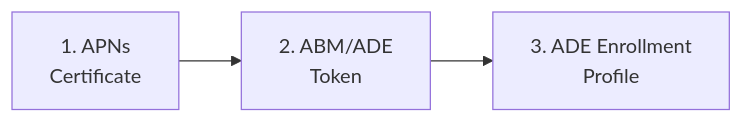
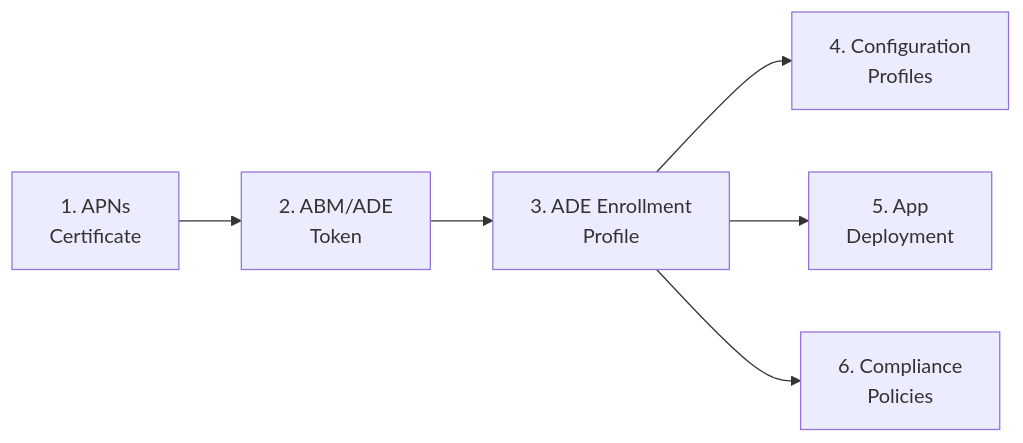
The diagram in docs/admin-setup-ios/00-overview.md (Schweinehund/Autopilot), drawn with Mermaid before and after one commit. The commit also changed other lines of this file and 1 other file, not shown here.

First line of the commit message:
feat(28-01): complete config profiles guide and update overview - Task 3

````diff
--- a/docs/admin-setup-ios/00-overview.md
+++ b/docs/admin-setup-ios/00-overview.md
@@ -19,5 +19,8 @@
 ```mermaid
 graph LR
   A[1. APNs<br/>Certificate] --> B[2. ABM/ADE<br/>Token]
   B --> C[3. ADE Enrollment<br/>Profile]
+  C --> D[4. Configuration<br/>Profiles]
+  C --> E[5. App<br/>Deployment]
+  C --> F[6. Compliance<br/>Policies]
 ```
````
